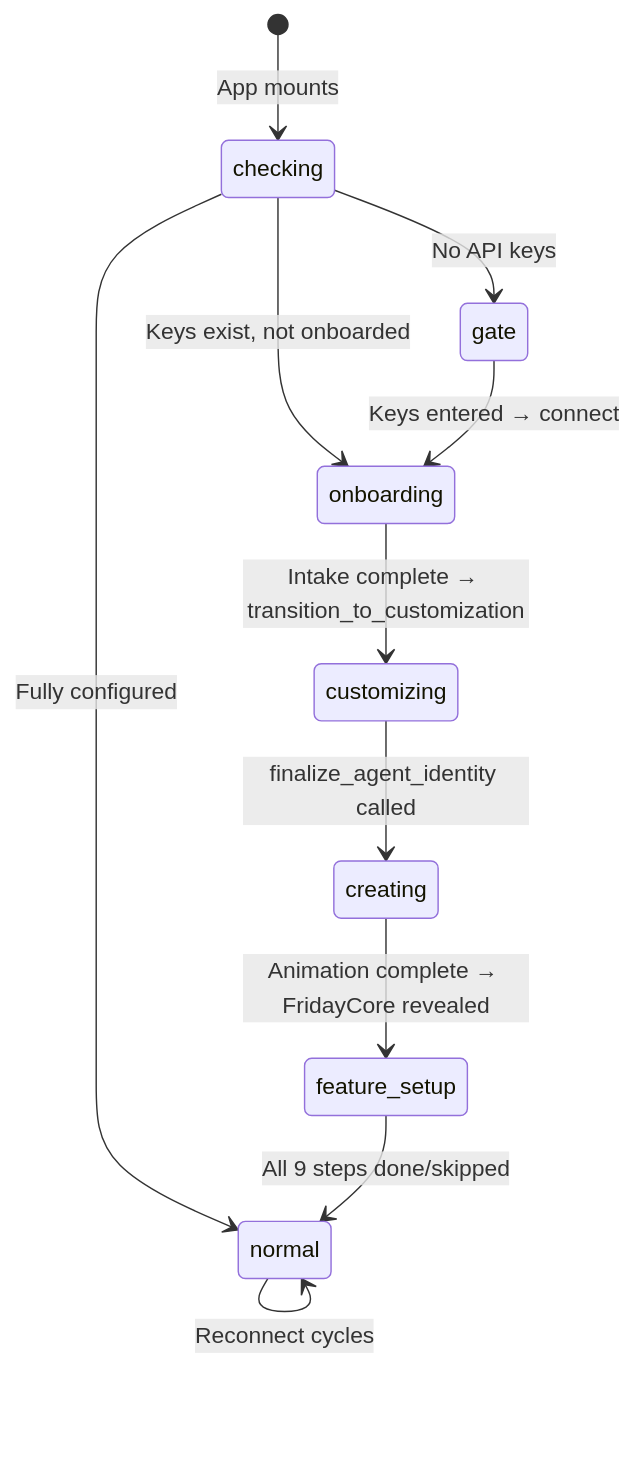
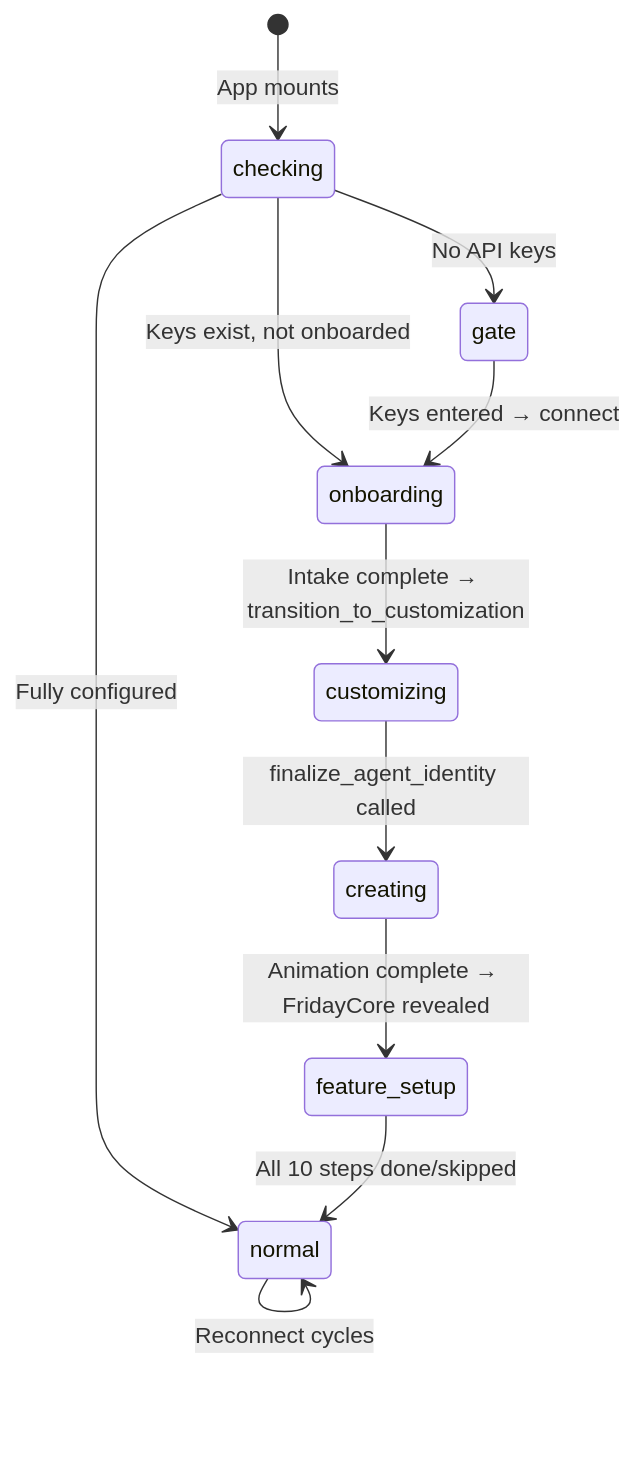
The fifth of 19 diagrams in ARCHITECTURE.md (FutureSpeakAI/Agent-Friday), drawn with Mermaid before and after one commit. The commit also changed other lines of this file and 89 other files, not shown here.

First line of the commit message:
v3.12.0: living architecture, fix silent data loss, redesign onboarding

````diff
--- a/ARCHITECTURE.md
+++ b/ARCHITECTURE.md
@@ -565,15 +565,15 @@
 ```mermaid
 stateDiagram-v2
     [*] --> checking: App mounts
     checking --> gate: No API keys
     checking --> onboarding: Keys exist, not onboarded
     checking --> normal: Fully configured
 
     gate --> onboarding: Keys entered → connect
     onboarding --> customizing: Intake complete → transition_to_customization
     customizing --> creating: finalize_agent_identity called
     creating --> feature_setup: Animation complete → FridayCore revealed
-    feature_setup --> normal: All 9 steps done/skipped
+    feature_setup --> normal: All 10 steps done/skipped
 
     normal --> normal: Reconnect cycles
 ```
````
